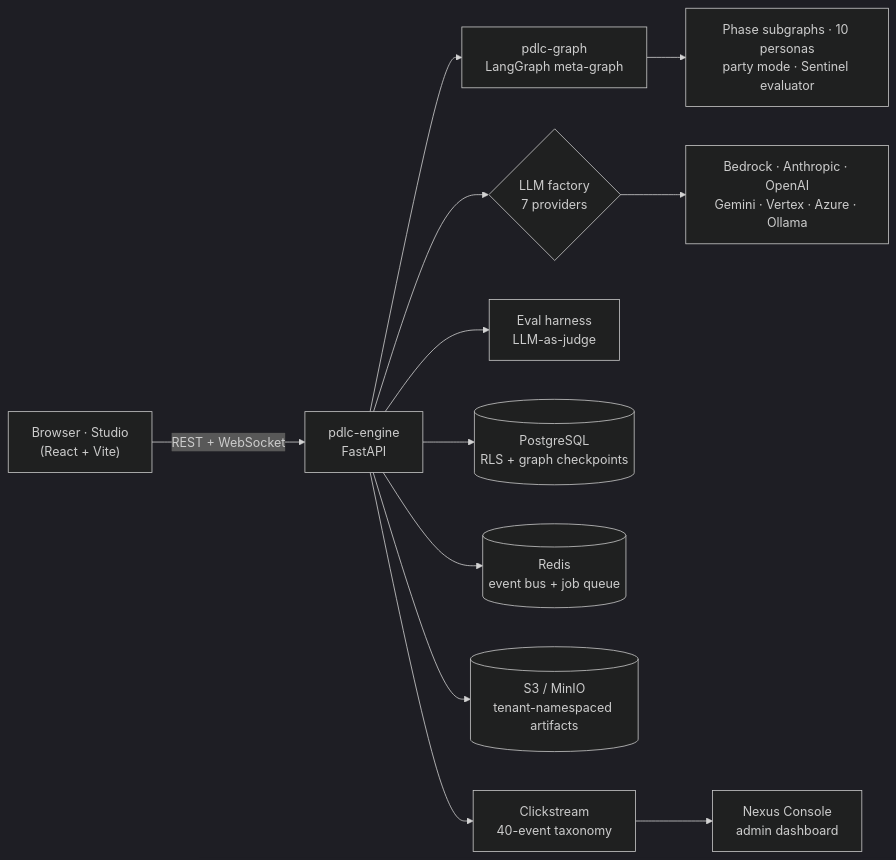
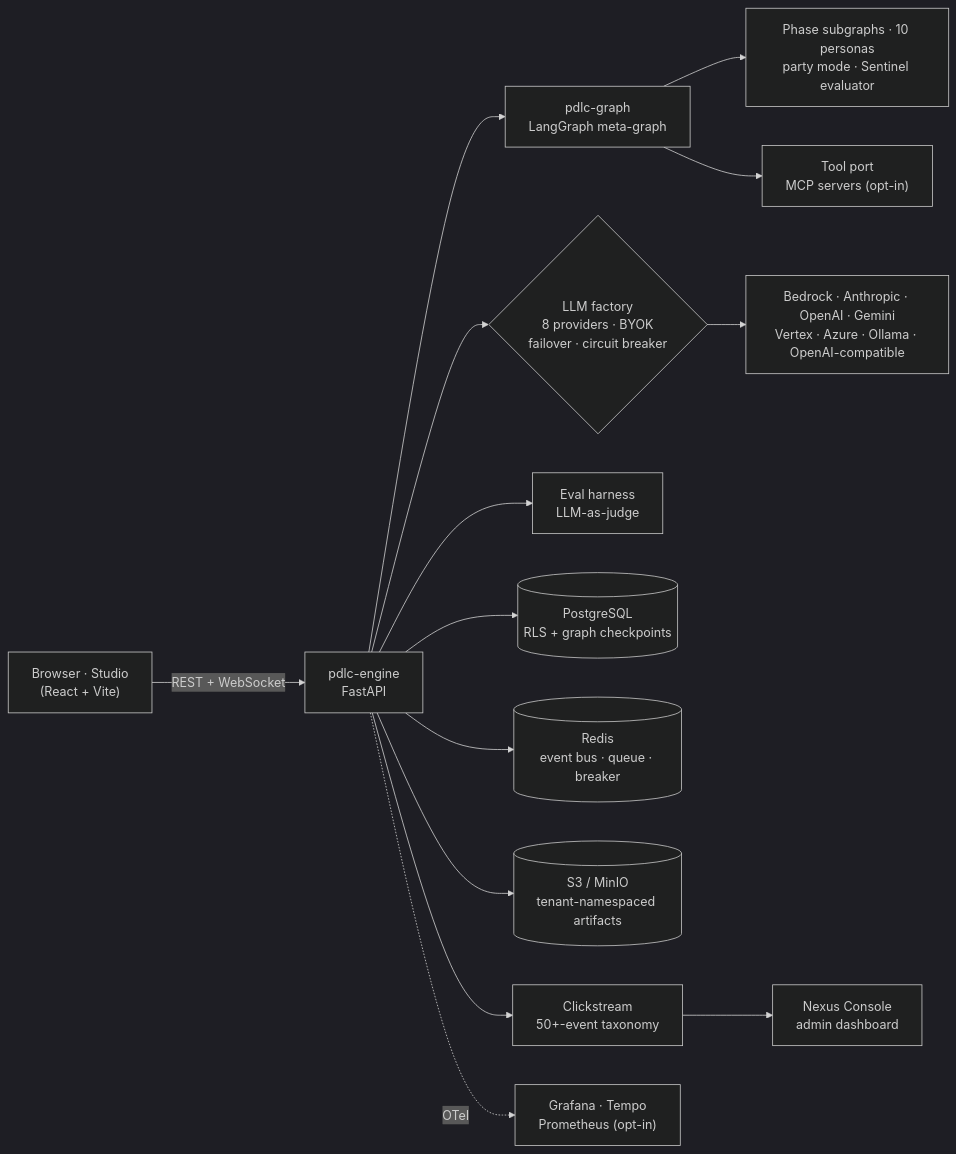
The diagram in README.md (pdlc-os/pdlcflow), drawn with Mermaid (dark theme) before and after one commit. The commit also changed other lines of this file and 5 other files, not shown here.

````diff
--- a/README.md
+++ b/README.md
@@ -129,13 +160,15 @@
 ```mermaid
 flowchart LR
   U["Browser · Studio<br/>(React + Vite)"] -->|REST + WebSocket| API["pdlc-engine<br/>FastAPI"]
   API --> G["pdlc-graph<br/>LangGraph meta-graph"]
   G --> P["Phase subgraphs · 10 personas<br/>party mode · Sentinel evaluator"]
-  API --> LLM{"LLM factory<br/>7 providers"}
-  LLM --> PROV["Bedrock · Anthropic · OpenAI<br/>Gemini · Vertex · Azure · Ollama"]
+  G --> MCP["Tool port<br/>MCP servers (opt-in)"]
+  API --> LLM{"LLM factory<br/>8 providers · BYOK<br/>failover · circuit breaker"}
+  LLM --> PROV["Bedrock · Anthropic · OpenAI · Gemini<br/>Vertex · Azure · Ollama · OpenAI-compatible"]
   API --> EV["Eval harness<br/>LLM-as-judge"]
   API --> PG[("PostgreSQL<br/>RLS + graph checkpoints")]
-  API --> RD[("Redis<br/>event bus + job queue")]
+  API --> RD[("Redis<br/>event bus · queue · breaker")]
   API --> OBJ[("S3 / MinIO<br/>tenant-namespaced artifacts")]
-  API --> CS["Clickstream<br/>40-event taxonomy"] --> AD["Nexus Console<br/>admin dashboard"]
+  API --> CS["Clickstream<br/>50+-event taxonomy"] --> AD["Nexus Console<br/>admin dashboard"]
+  API -.OTel.-> OT["Grafana · Tempo<br/>Prometheus (opt-in)"]
 ```
````
